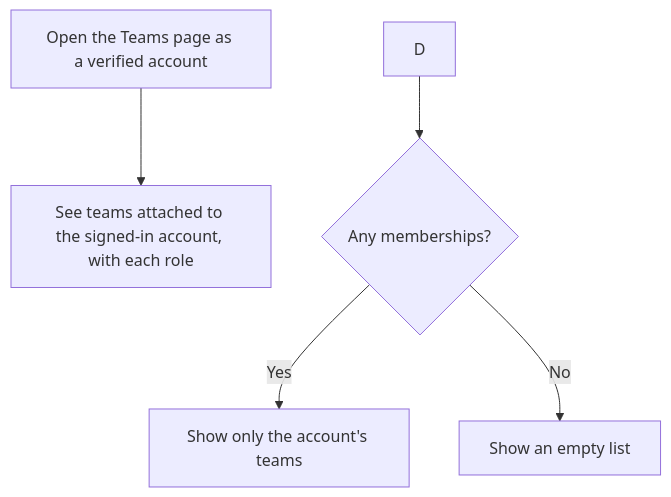
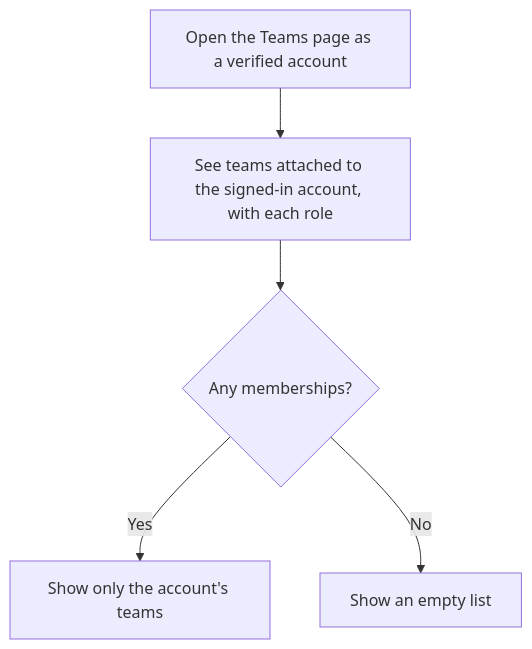
Before and after one commit to Kevinjohn/oss-adonisjs-starter-examples: the first of 2 diagrams in user-stories/teams/us-team-02-view-teams.md, drawn with Mermaid. The commit also changed 22 other files, not shown here.

````diff
--- a/user-stories/teams/us-team-02-view-teams.md
+++ b/user-stories/teams/us-team-02-view-teams.md
@@ -21,7 +21,7 @@
 ```mermaid
 flowchart TD
     A["Open the Teams page as a verified account"] --> B["See teams attached to the signed-in account, with each role"]
-    D --> E{"Any memberships?"}
+    B --> E{"Any memberships?"}
     E -->|Yes| F["Show only the account's teams"]
     E -->|No| G["Show an empty list"]
 ```
````
